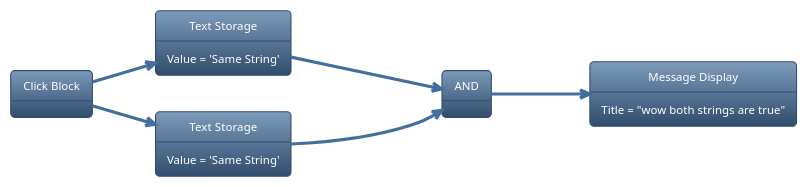
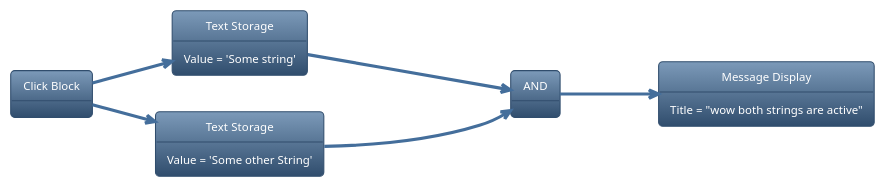
Before and after one commit to chokes-Web-Repositories/Wubby-WikiJS: the first of 16 diagrams in Logic.md, drawn with PlantUML. The commit also changed other lines of this file, not shown here.

````diff
--- a/Logic.md
+++ b/Logic.md
@@ -136,21 +136,21 @@
 ```plantuml
 @startuml
 !theme spacelab
 left to right direction
 object "Click Block" as CB
 object "Text Storage" as TI 
 object "Text Storage" as TI2
 object AND
 object "Message Display" as MD
 
-MD : Title = "wow both strings are true"
-TI : Value = 'Same String'
-TI2 : Value = 'Same String'
+MD : Title = "wow both strings are active"
+TI : Value = 'Some string'
+TI2 : Value = 'Some other String'
 
 CB --> TI
 CB --> TI2
-TI --> AND : 'Same String'
-TI2 --> AND : 'Same String'
+TI --> AND : 'Some string'
+TI2 --> AND : 'Some other String'
 AND --> MD : true
 @enduml
 ```
````
